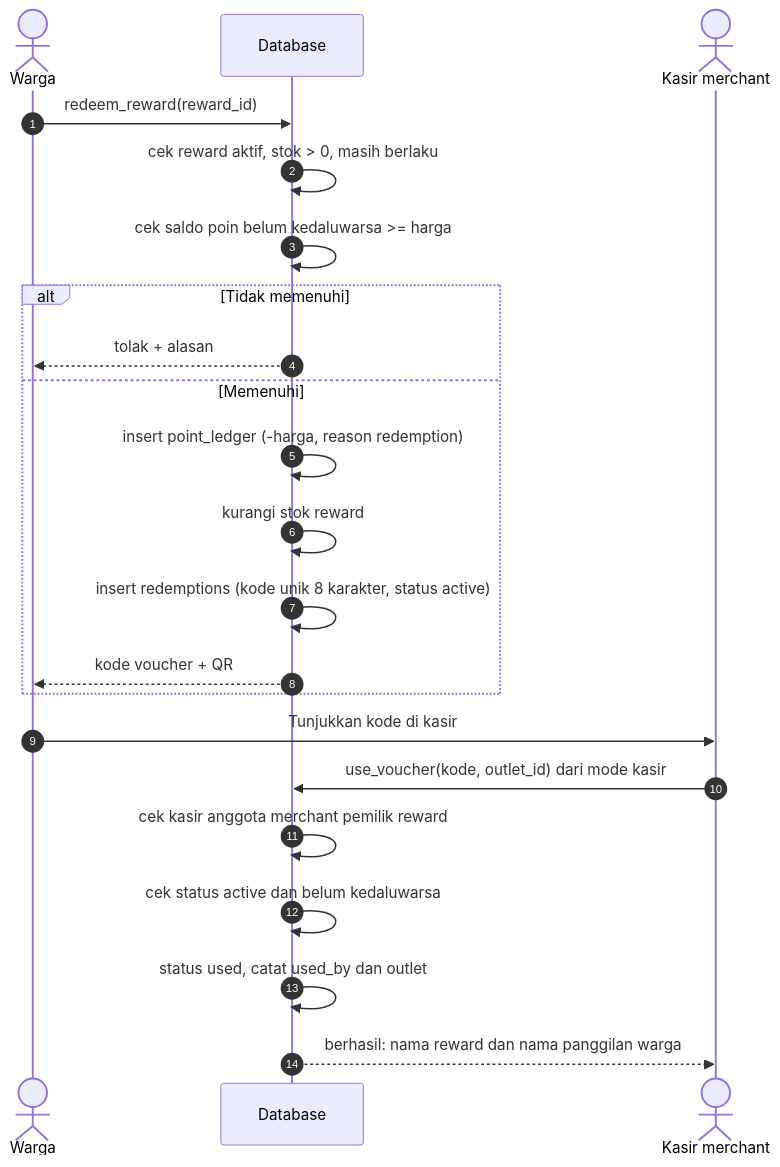
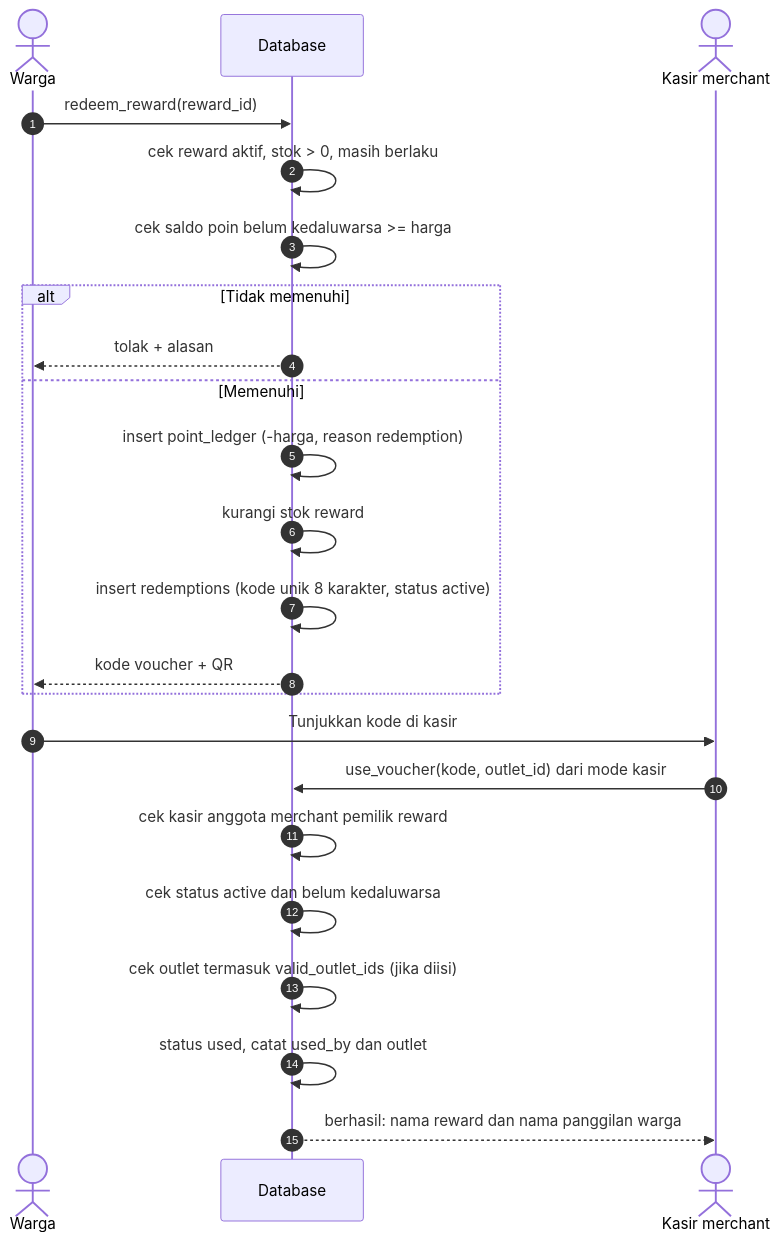
One commit to mirwanma/gasyu changed diagram 23 of 30 in docs/ALUR-SISTEM.md. Above: the diagram before and after it, drawn with Mermaid. The commit also changed other lines of this file and 2 other files, not shown here.

````diff
--- a/docs/ALUR-SISTEM.md
+++ b/docs/ALUR-SISTEM.md
@@ -960,24 +965,25 @@
 ```mermaid
 sequenceDiagram
     autonumber
     actor W as Warga
     participant DB as Database
     actor K as Kasir merchant
     W->>DB: redeem_reward(reward_id)
     DB->>DB: cek reward aktif, stok > 0, masih berlaku
     DB->>DB: cek saldo poin belum kedaluwarsa >= harga
     alt Tidak memenuhi
         DB-->>W: tolak + alasan
     else Memenuhi
         DB->>DB: insert point_ledger (-harga, reason redemption)
         DB->>DB: kurangi stok reward
         DB->>DB: insert redemptions (kode unik 8 karakter, status active)
         DB-->>W: kode voucher + QR
     end
     W->>K: Tunjukkan kode di kasir
     K->>DB: use_voucher(kode, outlet_id) dari mode kasir
     DB->>DB: cek kasir anggota merchant pemilik reward
     DB->>DB: cek status active dan belum kedaluwarsa
+    DB->>DB: cek outlet termasuk valid_outlet_ids (jika diisi)
     DB->>DB: status used, catat used_by dan outlet
     DB-->>K: berhasil: nama reward dan nama panggilan warga
 ```
````
